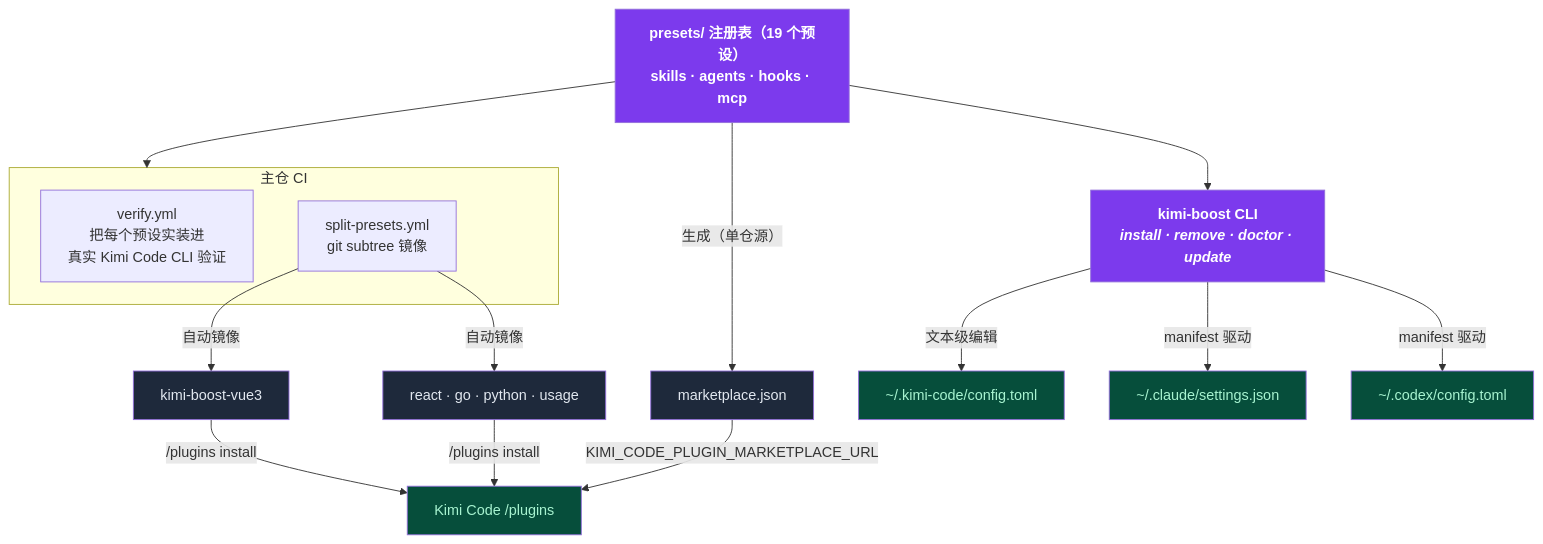
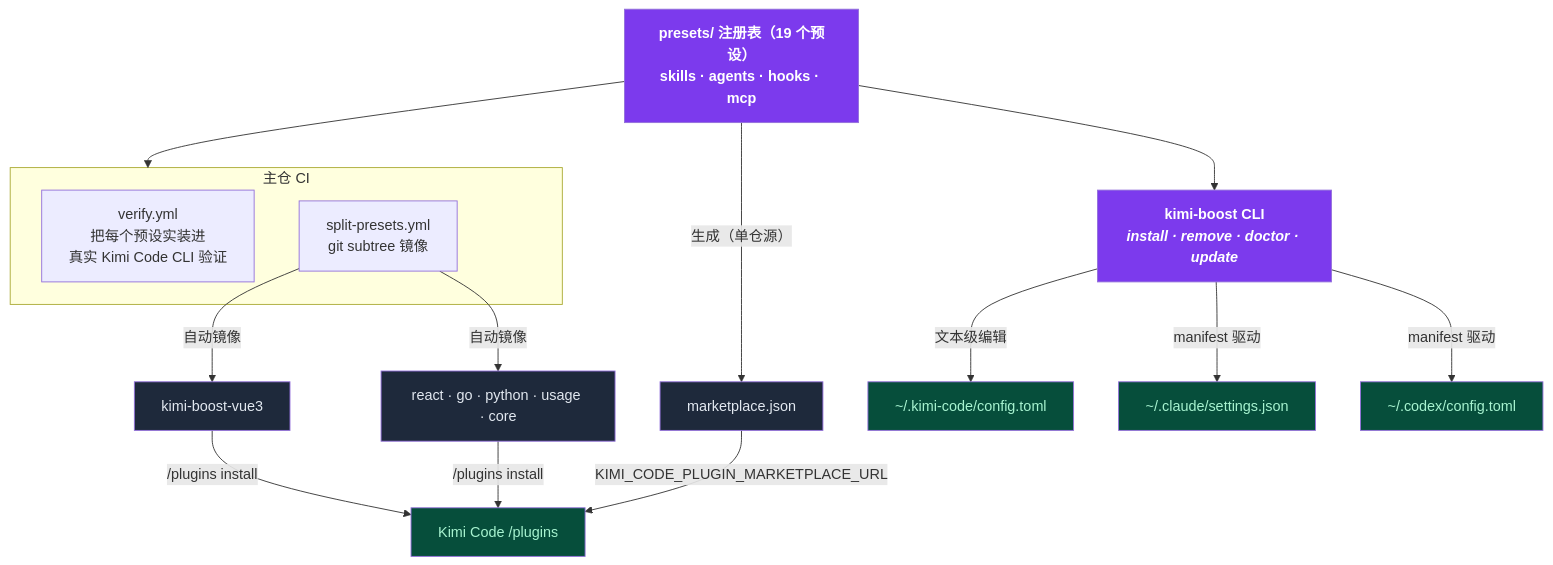
Before and after one commit to shidesheng0218/kimi-boost: the diagram in docs/README.zh-CN.md, drawn with Mermaid. The commit also changed other lines of this file and 2 other files, not shown here.

````diff
--- a/docs/README.zh-CN.md
+++ b/docs/README.zh-CN.md
@@ -272,29 +273,29 @@
 ```mermaid
 flowchart TD
     REG["<b>presets/ 注册表</b>（19 个预设）<br/>skills · agents · hooks · mcp"]
 
     subgraph CI["主仓 CI"]
       VERIFY["verify.yml<br/>把每个预设实装进<br/>真实 Kimi Code CLI 验证"]
       SPLIT["split-presets.yml<br/>git subtree 镜像"]
     end
 
     REG --> CI
     SPLIT -->|"自动镜像"| M1["kimi-boost-vue3"]
-    SPLIT -->|"自动镜像"| M2["react · go · python · usage"]
+    SPLIT -->|"自动镜像"| M2["react · go · python · usage · core"]
     M1 & M2 -->|"/plugins install"| KP["Kimi Code /plugins"]
     REG -->|"生成（单仓源）"| MKT["marketplace.json"]
     MKT -->|"KIMI_CODE_PLUGIN_MARKETPLACE_URL"| KP
 
     KB["<b>kimi-boost CLI</b><br/><i>install · remove · doctor · update</i>"]
     REG --> KB
     KB -->|"文本级编辑"| KCF["~/.kimi-code/config.toml"]
     KB -->|"manifest 驱动"| CCS["~/.claude/settings.json"]
     KB -->|"manifest 驱动"| CXC["~/.codex/config.toml"]
 
     classDef cli fill:#7c3aed,color:#fff,font-weight:bold;
     classDef tool fill:#1e293b,color:#e2e8f0;
     classDef out fill:#064e3b,color:#a7f3d0;
     class KB,REG cli;
     class M1,M2,MKT tool;
     class KCF,CCS,CXC,KP out;
 ```
````
